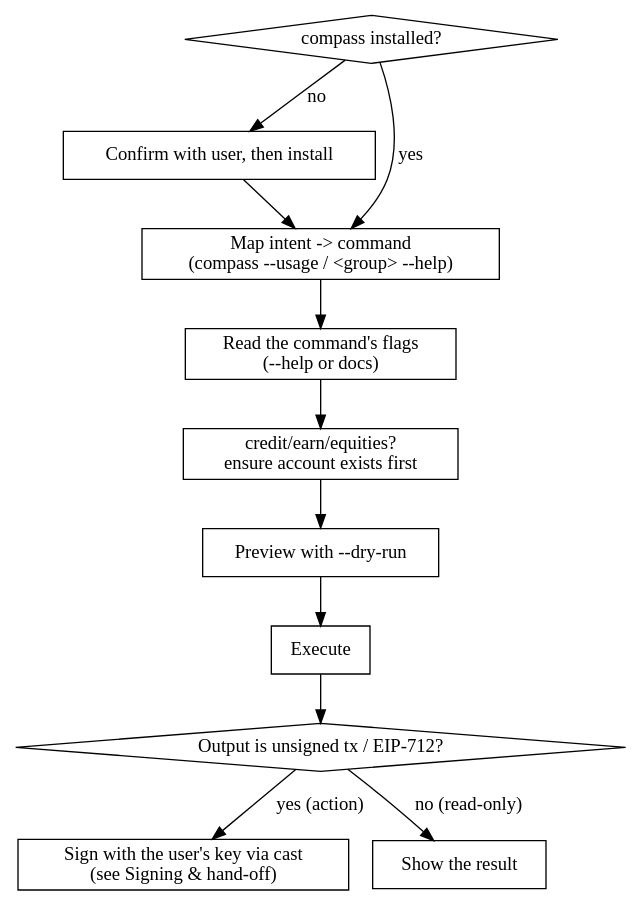
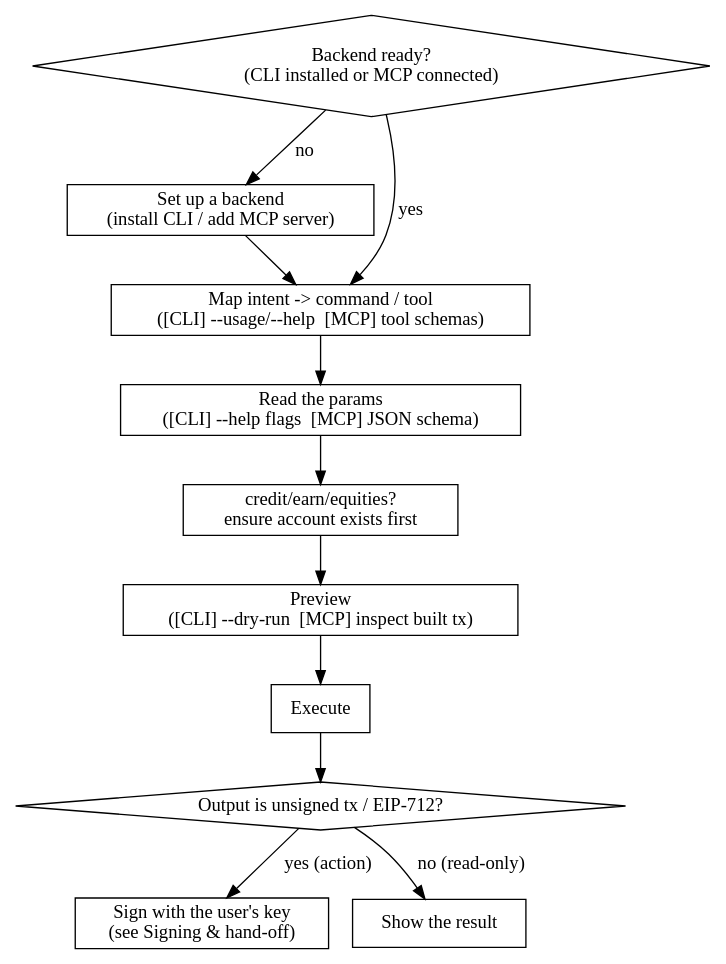
Before and after one commit to CompassLabs/compass-agent-skill: the diagram in AGENTS.md, drawn with Graphviz. The commit also changed other lines of this file and 10 other files, not shown here.

First line of the commit message:
Give MCP and CLI equal treatment across the skill

````diff
--- a/AGENTS.md
+++ b/AGENTS.md
@@ -28,25 +28,25 @@
 ```dot
 digraph compass_flow {
-    "compass installed?" [shape=diamond];
-    "Confirm with user, then install" [shape=box];
-    "Map intent -> command\n(compass --usage / <group> --help)" [shape=box];
-    "Read the command's flags\n(--help or docs)" [shape=box];
+    "Backend ready?\n(CLI installed or MCP connected)" [shape=diamond];
+    "Set up a backend\n(install CLI / add MCP server)" [shape=box];
+    "Map intent -> command / tool\n([CLI] --usage/--help  [MCP] tool schemas)" [shape=box];
+    "Read the params\n([CLI] --help flags  [MCP] JSON schema)" [shape=box];
     "credit/earn/equities?\nensure account exists first" [shape=box];
-    "Preview with --dry-run" [shape=box];
+    "Preview\n([CLI] --dry-run  [MCP] inspect built tx)" [shape=box];
     "Execute" [shape=box];
     "Output is unsigned tx / EIP-712?" [shape=diamond];
-    "Sign with the user's key via cast\n(see Signing & hand-off)" [shape=box];
+    "Sign with the user's key\n(see Signing & hand-off)" [shape=box];
     "Show the result" [shape=box];
 
-    "compass installed?" -> "Confirm with user, then install" [label="no"];
-    "compass installed?" -> "Map intent -> command\n(compass --usage / <group> --help)" [label="yes"];
-    "Confirm with user, then install" -> "Map intent -> command\n(compass --usage / <group> --help)";
-    "Map intent -> command\n(compass --usage / <group> --help)" -> "Read the command's flags\n(--help or docs)";
-    "Read the command's flags\n(--help or docs)" -> "credit/earn/equities?\nensure account exists first";
-    "credit/earn/equities?\nensure account exists first" -> "Preview with --dry-run";
-    "Preview with --dry-run" -> "Execute";
+    "Backend ready?\n(CLI installed or MCP connected)" -> "Set up a backend\n(install CLI / add MCP server)" [label="no"];
+    "Backend ready?\n(CLI installed or MCP connected)" -> "Map intent -> command / tool\n([CLI] --usage/--help  [MCP] tool schemas)" [label="yes"];
+    "Set up a backend\n(install CLI / add MCP server)" -> "Map intent -> command / tool\n([CLI] --usage/--help  [MCP] tool schemas)";
+    "Map intent -> command / tool\n([CLI] --usage/--help  [MCP] tool schemas)" -> "Read the params\n([CLI] --help flags  [MCP] JSON schema)";
+    "Read the params\n([CLI] --help flags  [MCP] JSON schema)" -> "credit/earn/equities?\nensure account exists first";
+    "credit/earn/equities?\nensure account exists first" -> "Preview\n([CLI] --dry-run  [MCP] inspect built tx)";
+    "Preview\n([CLI] --dry-run  [MCP] inspect built tx)" -> "Execute";
     "Execute" -> "Output is unsigned tx / EIP-712?";
-    "Output is unsigned tx / EIP-712?" -> "Sign with the user's key via cast\n(see Signing & hand-off)" [label="yes (action)"];
+    "Output is unsigned tx / EIP-712?" -> "Sign with the user's key\n(see Signing & hand-off)" [label="yes (action)"];
     "Output is unsigned tx / EIP-712?" -> "Show the result" [label="no (read-only)"];
 }
 ```
````
